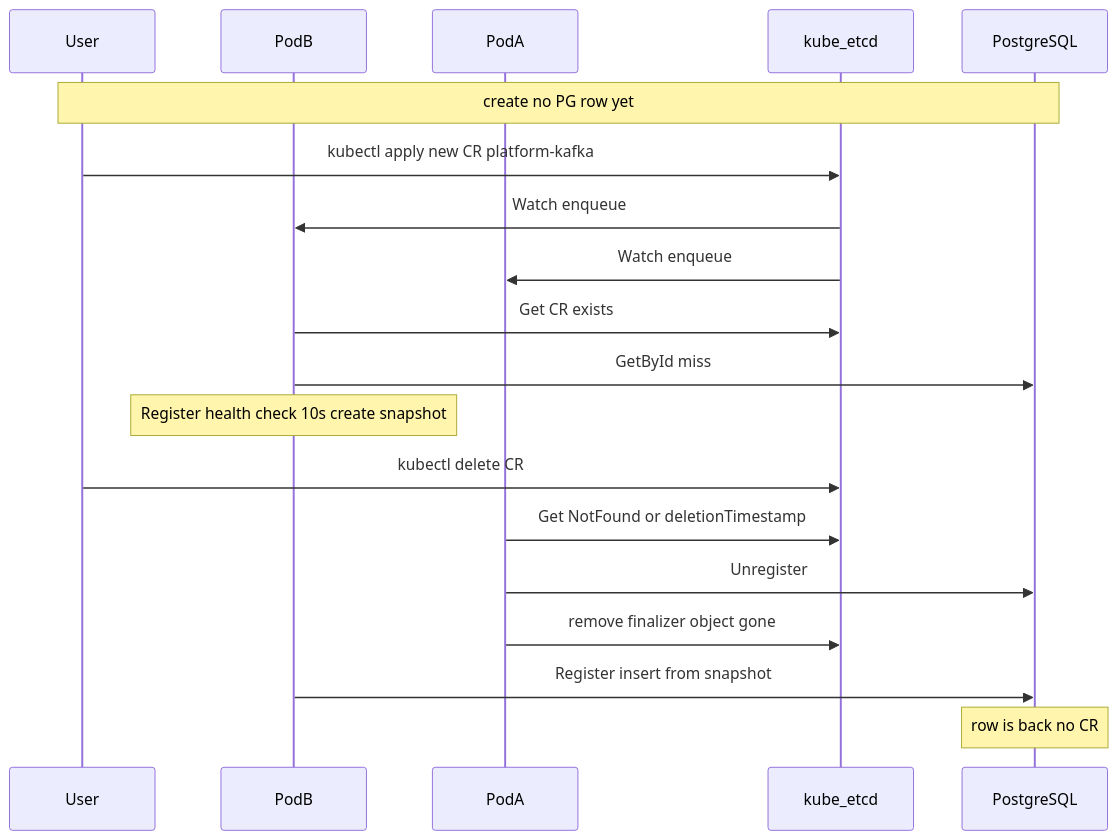
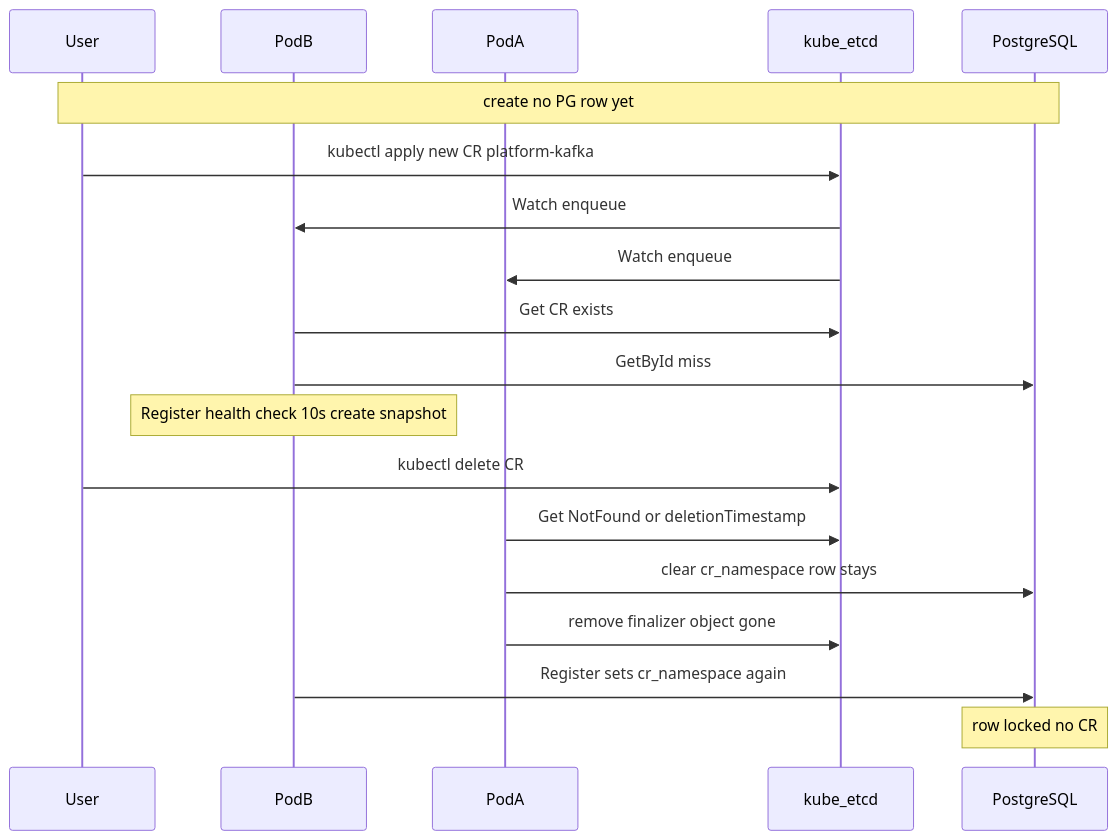
The third of 5 diagrams in docs/operator_design_notes.md (Netcracker/qubership-maas), drawn with Mermaid before and after one commit. The commit also changed other lines of this file and 11 other files, not shown here.

````diff
--- a/docs/operator_design_notes.md
+++ b/docs/operator_design_notes.md
@@ -299,21 +300,21 @@
 ```mermaid
 sequenceDiagram
   participant User
   participant PodB
   participant PodA
   participant etcd as kube_etcd
   participant DB as PostgreSQL
   Note over User,DB: create no PG row yet
   User->>etcd: kubectl apply new CR platform-kafka
   etcd->>PodB: Watch enqueue
   etcd->>PodA: Watch enqueue
   PodB->>etcd: Get CR exists
   PodB->>DB: GetById miss
   Note over PodB: Register health check 10s create snapshot
   User->>etcd: kubectl delete CR
   PodA->>etcd: Get NotFound or deletionTimestamp
-  PodA->>DB: Unregister
+  PodA->>DB: clear cr_namespace row stays
   PodA->>etcd: remove finalizer object gone
-  PodB->>DB: Register insert from snapshot
-  Note over DB: row is back no CR
+  PodB->>DB: Register sets cr_namespace again
+  Note over DB: row locked no CR
 ```
````
